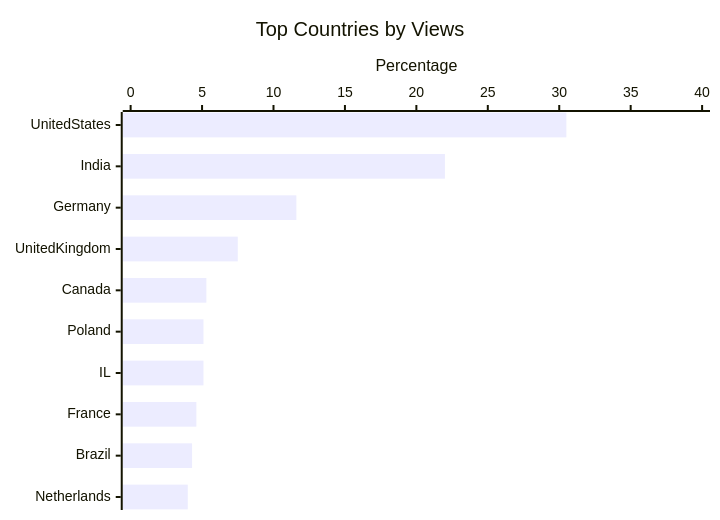
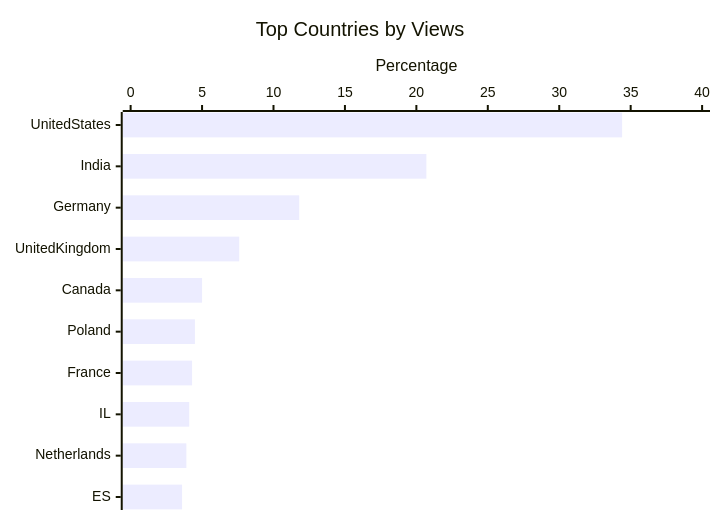
Before and after one commit to vfarcic/devopstoolkit-live: the third of 3 diagrams in content/sponsor/_index.md, drawn with Mermaid. The commit also changed other lines of this file and 3 other files, not shown here.

````diff
--- a/content/sponsor/_index.md
+++ b/content/sponsor/_index.md
@@ -65,7 +70,7 @@
 ```mermaid
 xychart-beta horizontal
     title "Top Countries by Views"
-    x-axis [United States, India, Germany, United Kingdom, Canada, Poland, IL, France, Brazil, Netherlands]
+    x-axis [United States, India, Germany, United Kingdom, Canada, Poland, France, IL, Netherlands, ES]
     y-axis "Percentage" 0 --> 40
-    bar [30.5, 22.0, 11.6, 7.5, 5.3, 5.1, 5.1, 4.6, 4.3, 4.0]
+    bar [34.4, 20.7, 11.8, 7.6, 5.0, 4.5, 4.3, 4.1, 3.9, 3.6]
 ```
````
